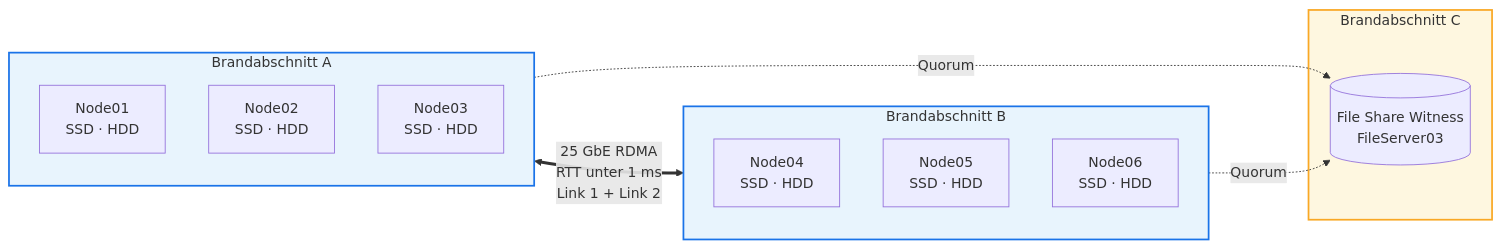
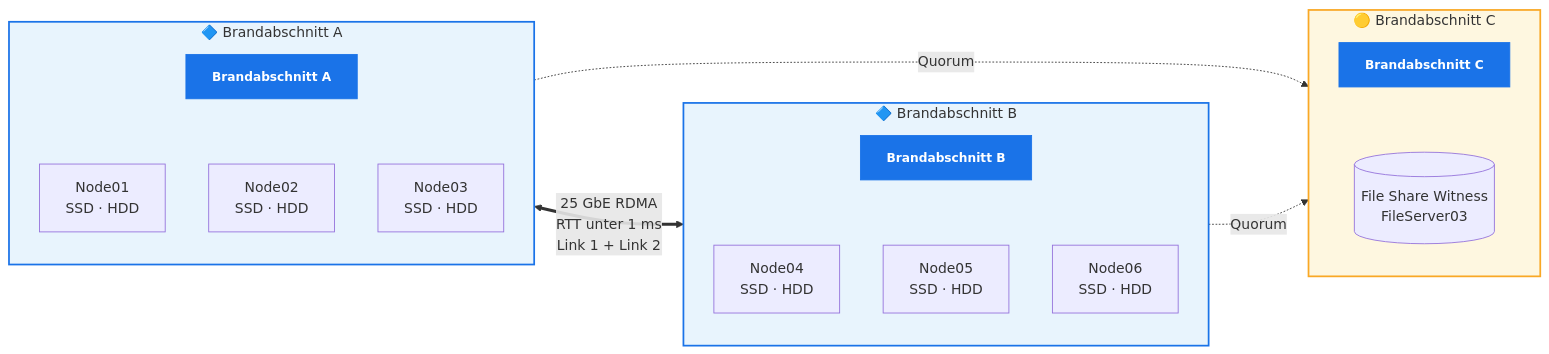
Before and after one commit to BetaHydri/S2D-Brandabschnitte: the diagram in docs/s2d-brandabschnitte.md, drawn with Mermaid.

Commit message:
docs: add visible title nodes in Mermaid topology blocks

````diff
--- a/docs/s2d-brandabschnitte.md
+++ b/docs/s2d-brandabschnitte.md
@@ -240,28 +240,36 @@
 ```mermaid
 graph LR
-    subgraph BA["Brandabschnitt A"]
+    subgraph BA["🔷 Brandabschnitt A"]
         direction TB
+        BA_T["Brandabschnitt A"]:::title
         N1["Node01<br/>SSD · HDD"]
         N2["Node02<br/>SSD · HDD"]
         N3["Node03<br/>SSD · HDD"]
+        BA_T ~~~ N1 & N2 & N3
     end
 
-    subgraph BB["Brandabschnitt B"]
+    subgraph BB["🔷 Brandabschnitt B"]
         direction TB
+        BB_T["Brandabschnitt B"]:::title
         N4["Node04<br/>SSD · HDD"]
         N5["Node05<br/>SSD · HDD"]
         N6["Node06<br/>SSD · HDD"]
+        BB_T ~~~ N4 & N5 & N6
     end
 
-    subgraph BC["Brandabschnitt C"]
+    subgraph BC["🟡 Brandabschnitt C"]
+        direction TB
+        BC_T["Brandabschnitt C"]:::title
         FSW[("File Share Witness<br/>FileServer03")]
+        BC_T ~~~ FSW
     end
 
     BA <==" 25 GbE RDMA<br/>RTT unter 1 ms<br/>Link 1 + Link 2 "==> BB
     BA -." Quorum ".-> FSW
     BB -." Quorum ".-> FSW
 
+    classDef title fill:#1a73e8,stroke:#1a73e8,color:#fff,font-weight:bold,font-size:14px
     style BA fill:#e8f4fd,stroke:#1a73e8,stroke-width:2px
     style BB fill:#e8f4fd,stroke:#1a73e8,stroke-width:2px
     style BC fill:#fef7e0,stroke:#f9a825,stroke-width:2px
 ```
````
